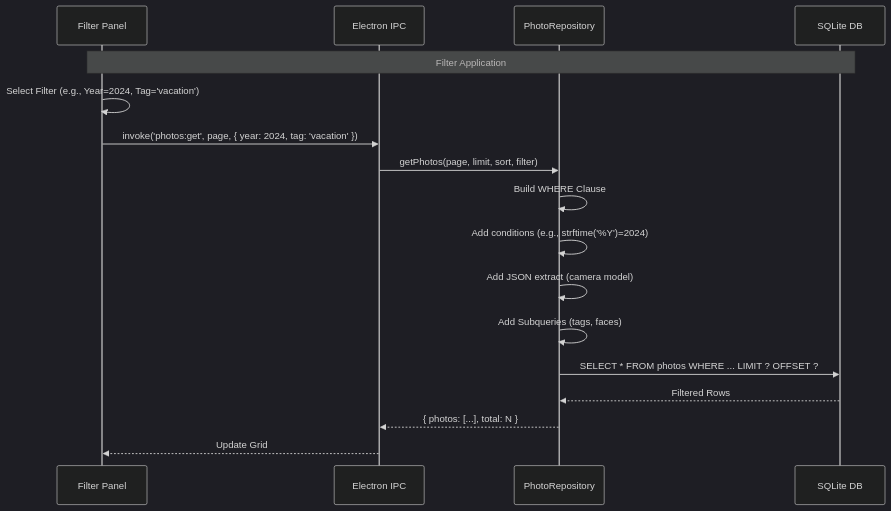
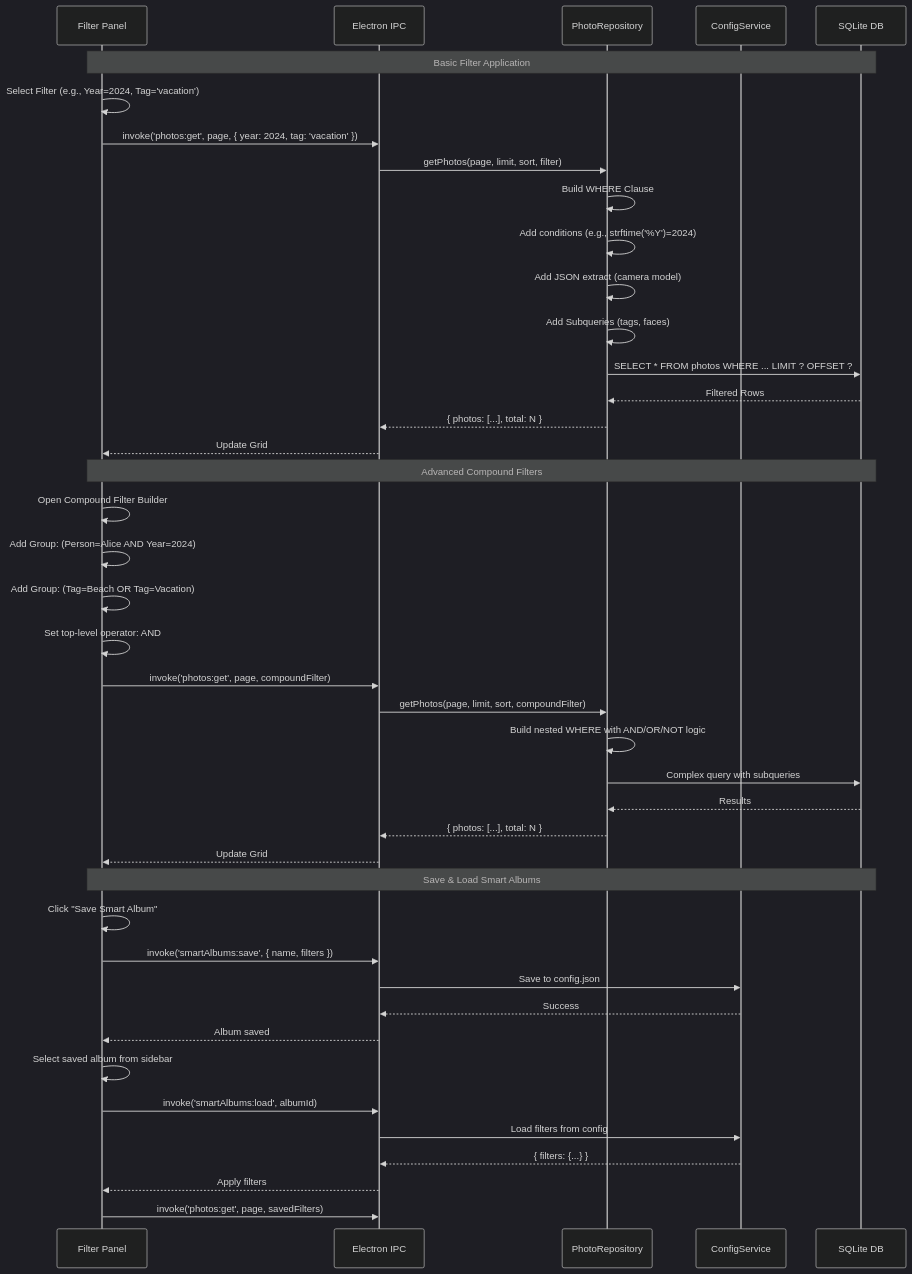
One commit to arozz7/smart-photo-organizer changed the diagram in docs/diagrams/filtering_flow.md. Above: the diagram before and after it, drawn with Mermaid (dark theme). The commit also changed 3 other files, not shown here.

First line of the commit message:
docs: update specs and diagrams for v0.6.5 features

````diff
--- a/docs/diagrams/filtering_flow.md
+++ b/docs/diagrams/filtering_flow.md
@@ -3,23 +3,53 @@
 ```mermaid
 sequenceDiagram
     participant UI as Filter Panel
     participant IPC as Electron IPC
     participant Repo as PhotoRepository
+    participant Config as ConfigService
     participant DB as SQLite DB
 
     %% Apply Filters
-    Note over UI, DB: Filter Application
+    Note over UI, DB: Basic Filter Application
     UI->>UI: Select Filter (e.g., Year=2024, Tag='vacation')
     UI->>IPC: invoke('photos:get', page, { year: 2024, tag: 'vacation' })
     IPC->>Repo: getPhotos(page, limit, sort, filter)
     
     Repo->>Repo: Build WHERE Clause
     Repo->>Repo: Add conditions (e.g., strftime('%Y')=2024)
     Repo->>Repo: Add JSON extract (camera model)
     Repo->>Repo: Add Subqueries (tags, faces)
 
     Repo->>DB: SELECT * FROM photos WHERE ... LIMIT ? OFFSET ?
     DB-->>Repo: Filtered Rows
     Repo-->>IPC: { photos: [...], total: N }
     IPC-->>UI: Update Grid
+
+    %% Compound Filter Builder (v0.6.5)
+    Note over UI, DB: Advanced Compound Filters
+    UI->>UI: Open Compound Filter Builder
+    UI->>UI: Add Group: (Person=Alice AND Year=2024)
+    UI->>UI: Add Group: (Tag=Beach OR Tag=Vacation)
+    UI->>UI: Set top-level operator: AND
+    UI->>IPC: invoke('photos:get', page, compoundFilter)
+    IPC->>Repo: getPhotos(page, limit, sort, compoundFilter)
+    Repo->>Repo: Build nested WHERE with AND/OR/NOT logic
+    Repo->>DB: Complex query with subqueries
+    DB-->>Repo: Results
+    Repo-->>IPC: { photos: [...], total: N }
+    IPC-->>UI: Update Grid
+
+    %% Smart Albums (v0.6.5)
+    Note over UI, DB: Save & Load Smart Albums
+    UI->>UI: Click "Save Smart Album"
+    UI->>IPC: invoke('smartAlbums:save', { name, filters })
+    IPC->>Config: Save to config.json
+    Config-->>IPC: Success
+    IPC-->>UI: Album saved
+
+    UI->>UI: Select saved album from sidebar
+    UI->>IPC: invoke('smartAlbums:load', albumId)
+    IPC->>Config: Load filters from config
+    Config-->>IPC: { filters: {...} }
+    IPC-->>UI: Apply filters
+    UI->>IPC: invoke('photos:get', page, savedFilters)
 ```
````
